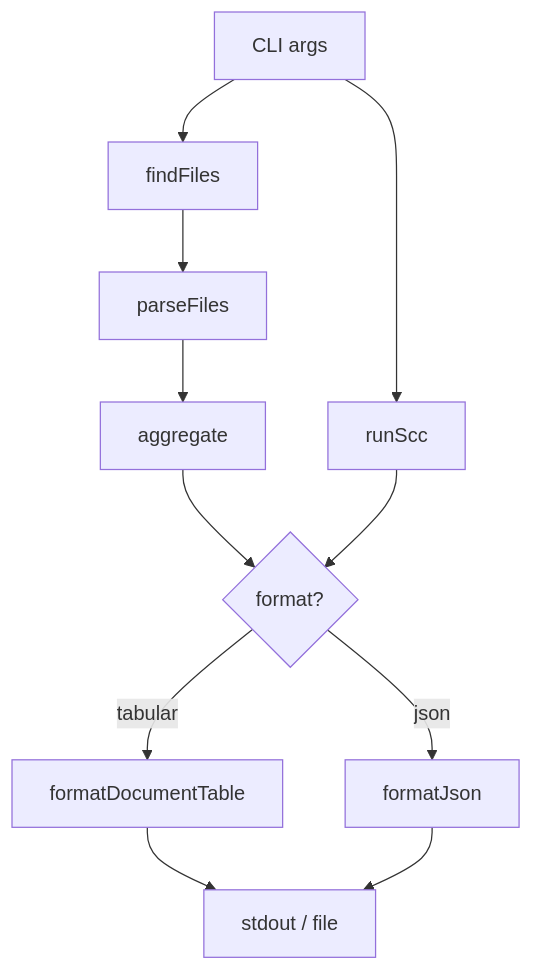
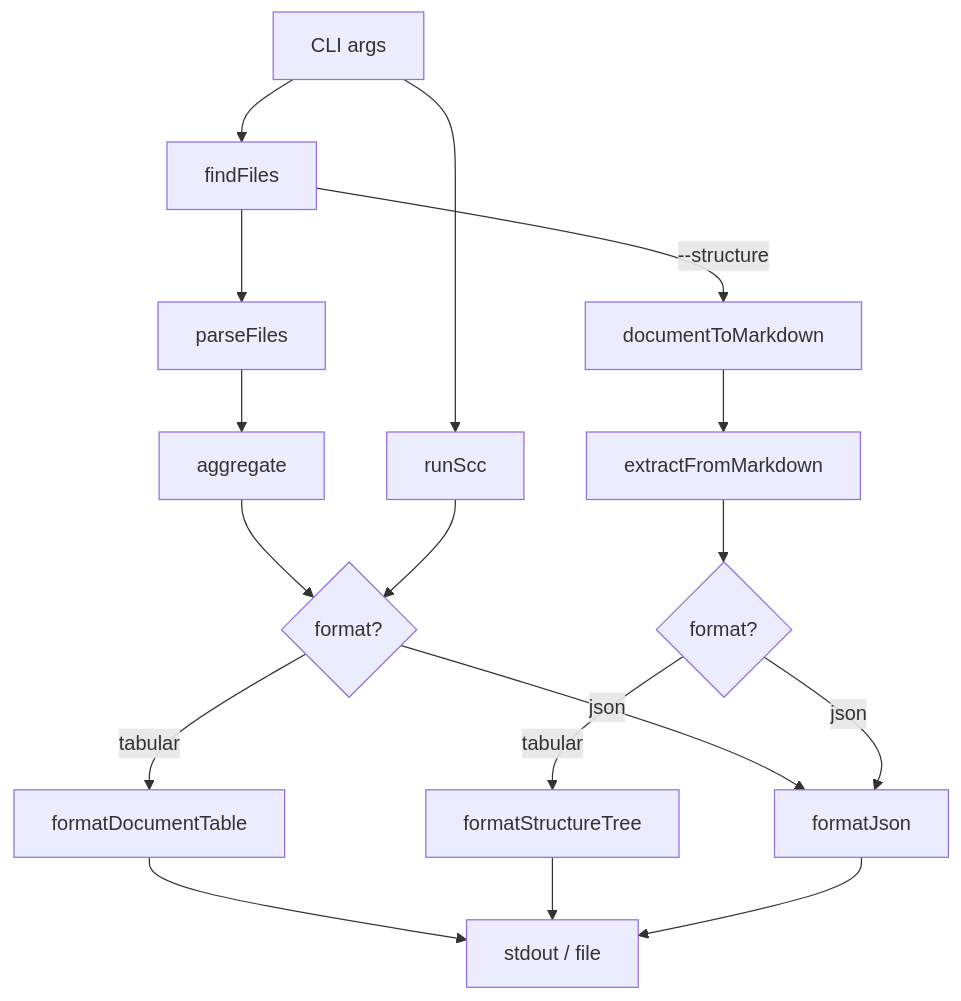
One commit to cesarandreslopez/occ changed the second of 2 diagrams in docs/architecture/overview.md. Above: the diagram before and after it, drawn with Mermaid. The commit also changed other lines of this file and 47 other files, not shown here.

First line of the commit message:
feat: migrate to TypeScript and add document structure extraction

````diff
--- a/docs/architecture/overview.md
+++ b/docs/architecture/overview.md
@@ -25,13 +28,19 @@
 ```mermaid
 graph TD
     A[CLI args] --> B[findFiles]
     B --> C[parseFiles]
     C --> D[aggregate]
     D --> E{format?}
     E -->|tabular| F[formatDocumentTable]
     E -->|json| G[formatJson]
     A --> H[runScc]
     H --> E
-    F --> I[stdout / file]
-    G --> I
+    B -->|--structure| I[documentToMarkdown]
+    I --> J[extractFromMarkdown]
+    J --> K{format?}
+    K -->|tabular| L[formatStructureTree]
+    K -->|json| G
+    F --> M[stdout / file]
+    L --> M
+    G --> M
 ```
````
